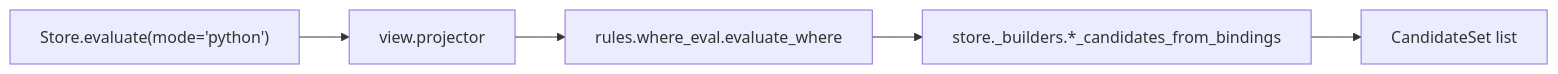
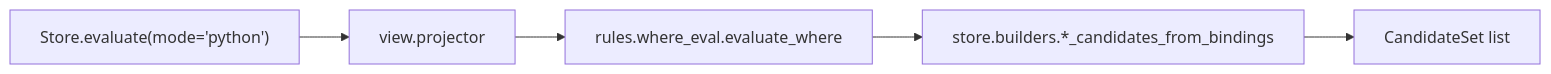
The third of 4 diagrams in src/factpy_kernel/core/docs/01_architecture.md (Symbolic-Intelligence-Org/factgraph), drawn with Mermaid before and after one commit. The commit also changed other lines of this file and 72 other files, not shown here.

````diff
--- a/src/factpy_kernel/core/docs/01_architecture.md
+++ b/src/factpy_kernel/core/docs/01_architecture.md
@@ -188,7 +196,7 @@
 ```mermaid
 flowchart LR
   A["Store.evaluate(mode='python')"] --> B["view.projector"]
   B --> C["rules.where_eval.evaluate_where"]
-  C --> D["store._builders.*_candidates_from_bindings"]
+  C --> D["store.builders.*_candidates_from_bindings"]
   D --> E["CandidateSet list"]
 ```
````
